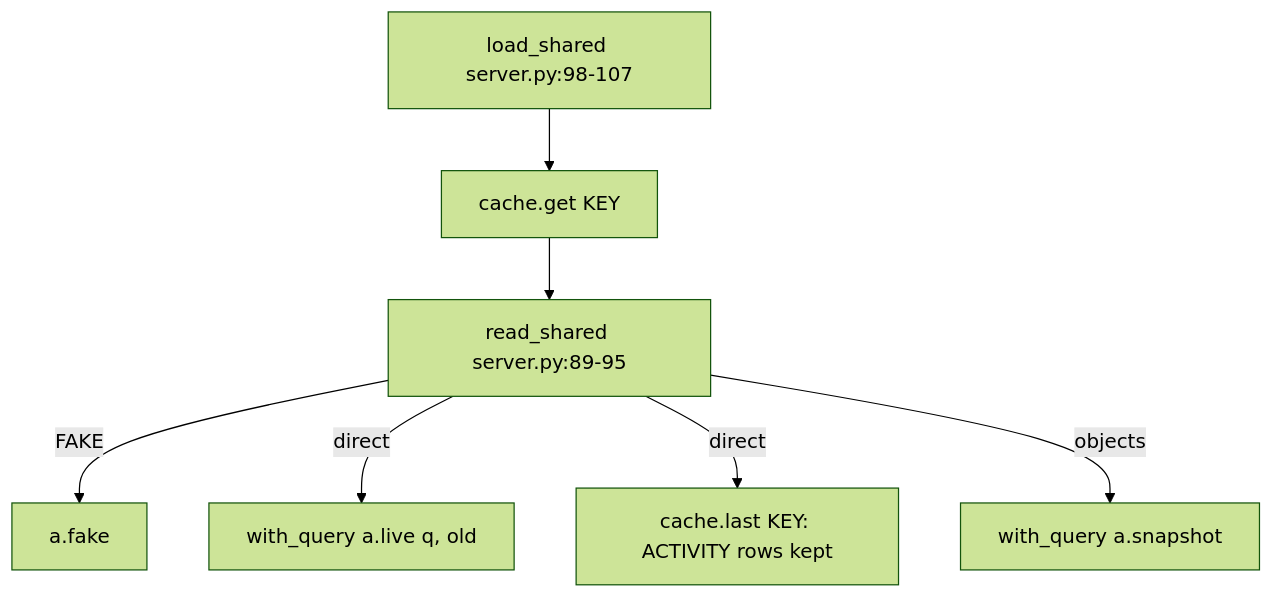
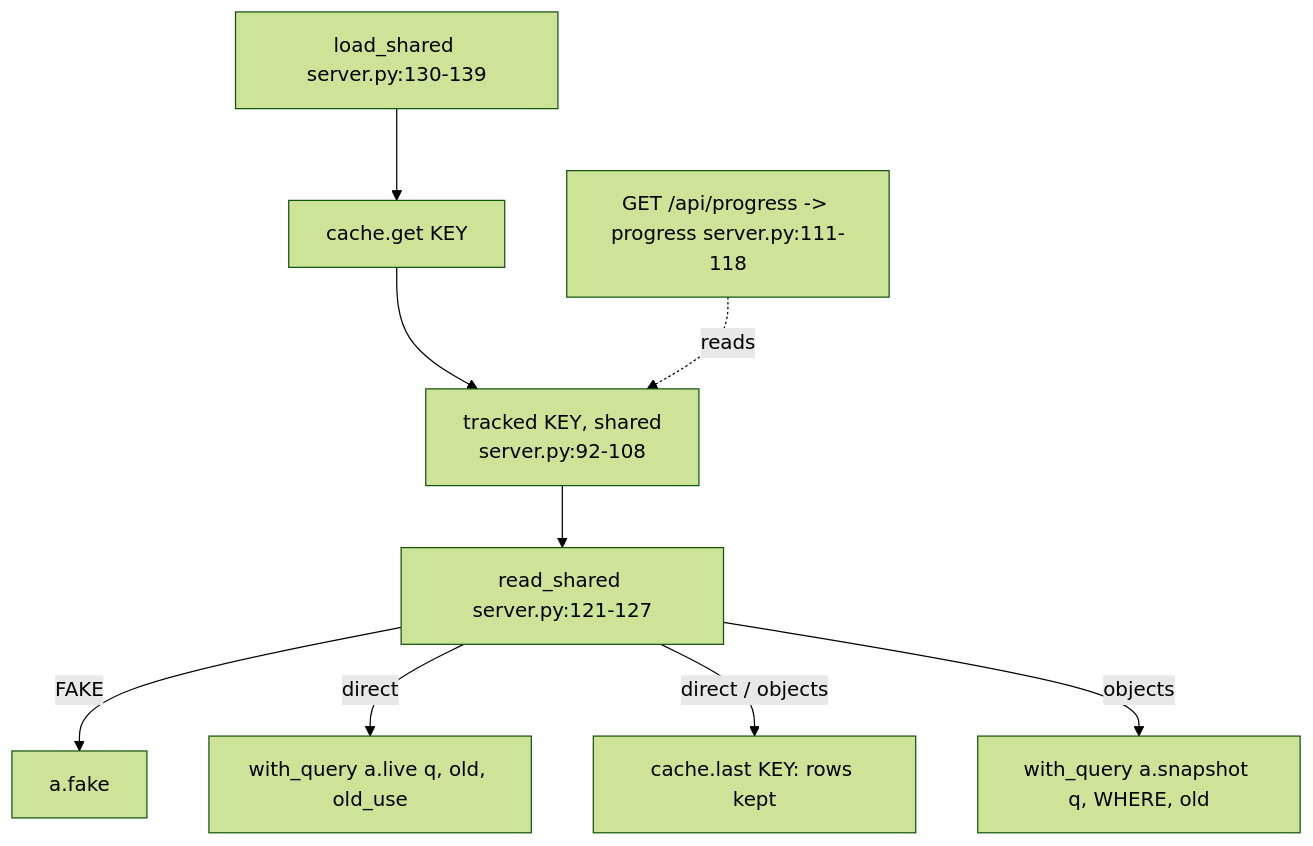
The second of 2 diagrams in snowflake-access-explorer-knowledge-graph/modules/server.md (darshanmeel/snowflake-access-explorer), drawn with Mermaid (forest theme) before and after one commit. The commit also changed other lines of this file and 79 other files, not shown here.

Commit message:
Knowledge graph: STATEMENT_TIMEOUT, WORKERS, ACTIVITY, HIERARCHY, progress lines, shared ACCESS_HISTORY read, procedure batching; node lines re-synced

````diff
--- a/snowflake-access-explorer-knowledge-graph/modules/server.md
+++ b/snowflake-access-explorer-knowledge-graph/modules/server.md
@@ -89,9 +91,11 @@
 ```mermaid
 flowchart TD
-  RS[read_shared server.py:89-95] -->|FAKE| FK[a.fake]
-  RS -->|direct| LV[with_query a.live q, old]
-  RS -->|direct| CL[cache.last KEY: ACTIVITY rows kept]
-  RS -->|objects| SN[with_query a.snapshot]
-  LSH[load_shared server.py:98-107] --> CG[cache.get KEY]
-  CG --> RS
+  RS[read_shared server.py:121-127] -->|FAKE| FK[a.fake]
+  RS -->|direct| LV[with_query a.live q, old, old_use]
+  RS -->|direct / objects| CL[cache.last KEY: rows kept]
+  RS -->|objects| SN[with_query a.snapshot q, WHERE, old]
+  LSH[load_shared server.py:130-139] --> CG[cache.get KEY]
+  CG --> TR[tracked KEY, shared<br/>server.py:92-108]
+  TR --> RS
+  PG[GET /api/progress -> progress server.py:111-118] -.reads.-> TR
 ```
````
